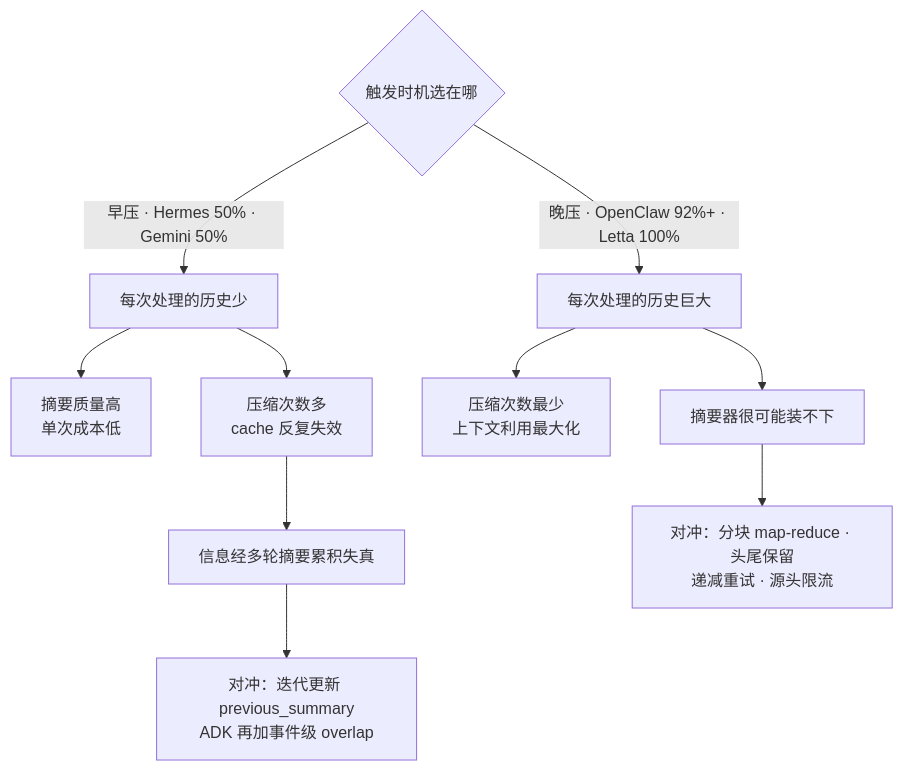
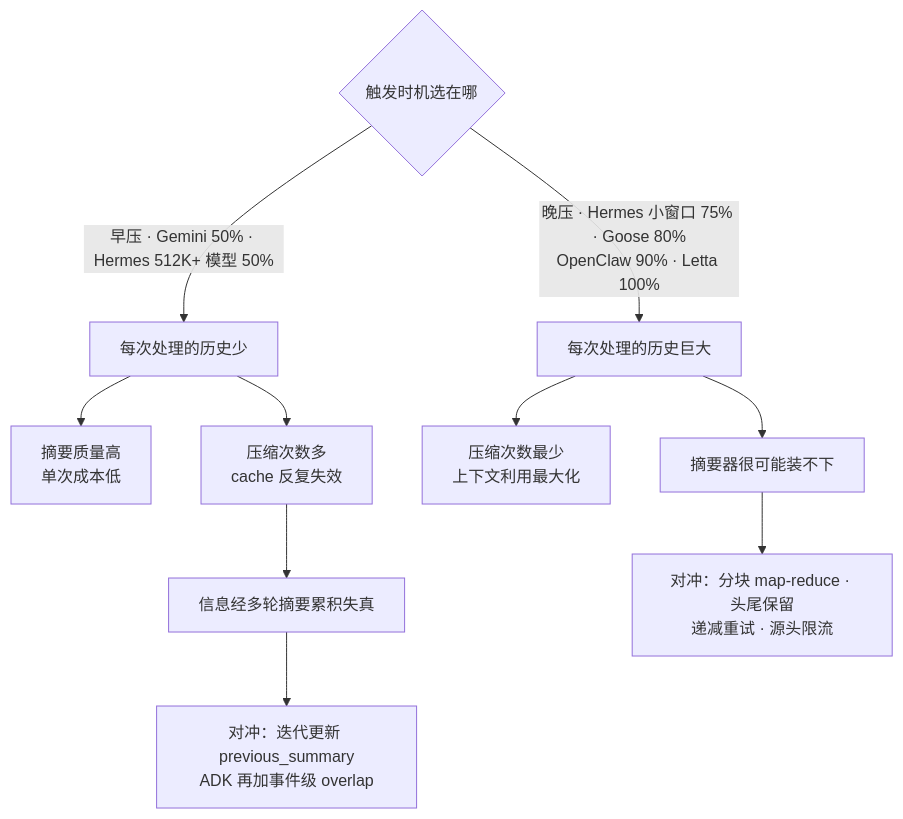
Before and after one commit to caiboyang/ML-learning: diagram 18 of 18 in agent-context-compression/Agent_Context_Compression_Research.md, drawn with Mermaid. The commit also changed other lines of this file, not shown here.

````diff
--- a/agent-context-compression/Agent_Context_Compression_Research.md
+++ b/agent-context-compression/Agent_Context_Compression_Research.md
@@ -2538,14 +2554,14 @@
 ```mermaid
 flowchart TD
     T{"触发时机选在哪"}
-    T -->|"早压 · Hermes 50% · Gemini 50%"| E1["每次处理的历史少"]
+    T -->|"早压 · Gemini 50% · Hermes 512K+ 模型 50%"| E1["每次处理的历史少"]
     E1 --> E2["摘要质量高<br/>单次成本低"]
     E1 --> E3["压缩次数多<br/>cache 反复失效"]
     E3 --> E4["信息经多轮摘要累积失真"]
     E4 --> E5["对冲：迭代更新 previous_summary<br/>ADK 再加事件级 overlap"]
 
-    T -->|"晚压 · OpenClaw 92%+ · Letta 100%"| L1["每次处理的历史巨大"]
+    T -->|"晚压 · Hermes 小窗口 75% · Goose 80%<br/>OpenClaw 90% · Letta 100%"| L1["每次处理的历史巨大"]
     L1 --> L2["压缩次数最少<br/>上下文利用最大化"]
     L1 --> L3["摘要器很可能装不下"]
     L3 --> L4["对冲：分块 map-reduce · 头尾保留<br/>递减重试 · 源头限流"]
 ```
````
